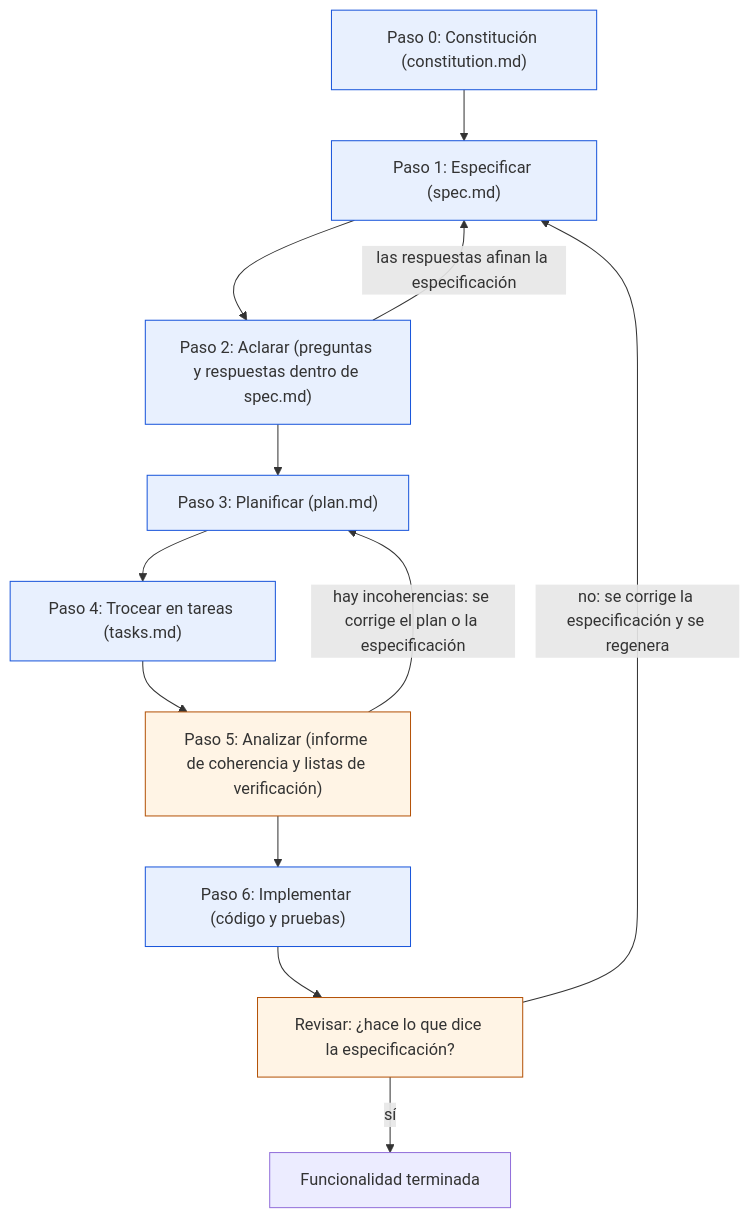
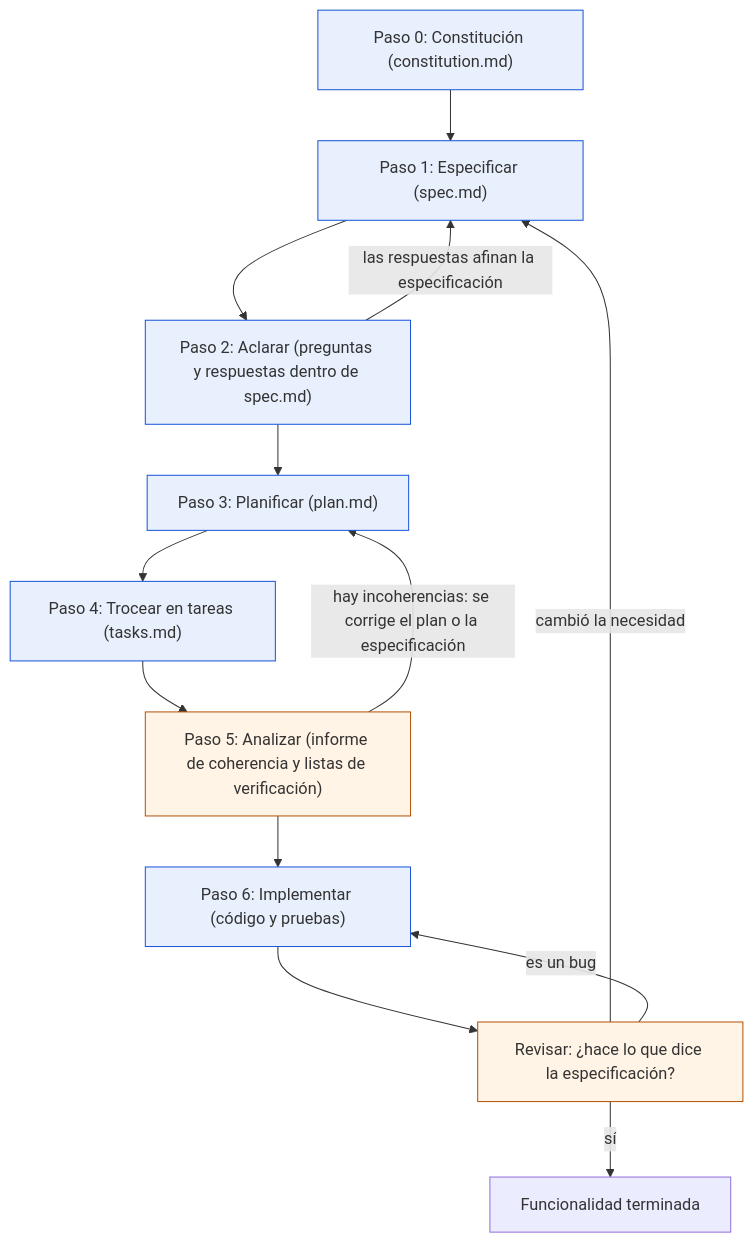
Before and after one commit to antroc/charla-sdd: the diagram in docs/03-el-flujo-paso-a-paso.md, drawn with Mermaid. The commit also changed other lines of this file and 2 other files, not shown here.

````diff
--- a/docs/03-el-flujo-paso-a-paso.md
+++ b/docs/03-el-flujo-paso-a-paso.md
@@ -31,21 +31,22 @@
 ```mermaid
 flowchart TD
   P0["Paso 0: Constitución (constitution.md)"]
   P1["Paso 1: Especificar (spec.md)"]
   P2["Paso 2: Aclarar (preguntas y respuestas dentro de spec.md)"]
   P3["Paso 3: Planificar (plan.md)"]
   P4["Paso 4: Trocear en tareas (tasks.md)"]
   P5["Paso 5: Analizar (informe de coherencia y listas de verificación)"]
   P6["Paso 6: Implementar (código y pruebas)"]
   R["Revisar: ¿hace lo que dice la especificación?"]
   OK["Funcionalidad terminada"]
   P0 --> P1 --> P2 --> P3 --> P4 --> P5 --> P6 --> R
   R -->|"sí"| OK
-  R -->|"no: se corrige la especificación y se regenera"| P1
+  R -->|"cambió la necesidad"| P1
+  R -->|"es un bug"| P6
   P2 -->|"las respuestas afinan la especificación"| P1
   P5 -->|"hay incoherencias: se corrige el plan o la especificación"| P3
   classDef artefacto fill:#E8F0FE,stroke:#1A56DB;
   classDef control fill:#FFF4E5,stroke:#B45309;
   class P0,P1,P2,P3,P4,P6 artefacto;
   class P5,R control;
 ```
````
